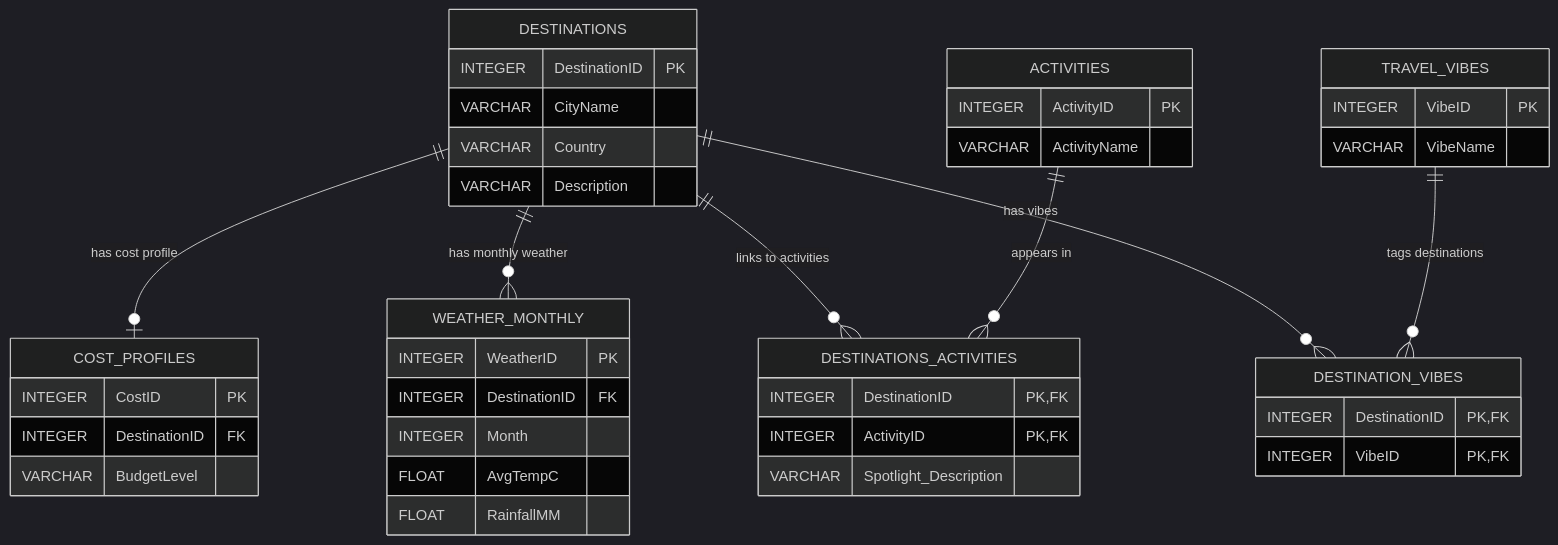
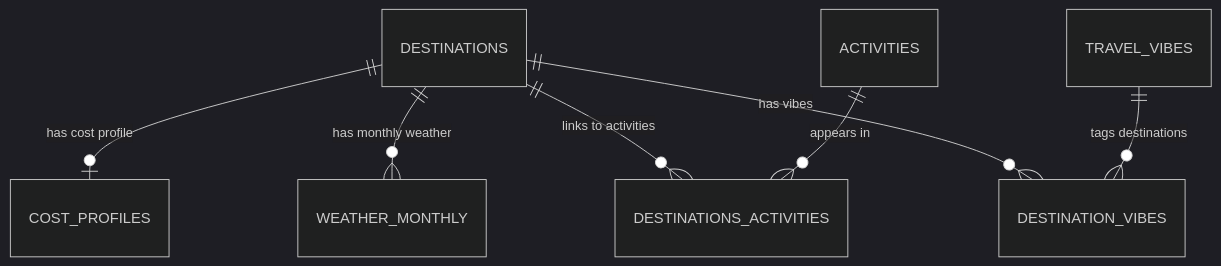
The diagram in README.md (Codeedup/React-TravelWebsite), drawn with Mermaid (dark theme) before and after one commit. The commit also changed other lines of this file and 2 other files, not shown here.

````diff
--- a/README.md
+++ b/README.md
@@ -101,51 +113,9 @@
 ```mermaid
 erDiagram
-    DESTINATIONS {
-        INTEGER DestinationID PK
-        VARCHAR CityName
-        VARCHAR Country
-        VARCHAR Description
-    }
-
-    COST_PROFILES {
-        INTEGER CostID PK
-        INTEGER DestinationID FK
-        VARCHAR BudgetLevel
-    }
-
-    WEATHER_MONTHLY {
-        INTEGER WeatherID PK
-        INTEGER DestinationID FK
-        INTEGER Month
-        FLOAT AvgTempC
-        FLOAT RainfallMM
-    }
-
-    ACTIVITIES {
-        INTEGER ActivityID PK
-        VARCHAR ActivityName
-    }
-
-    DESTINATIONS_ACTIVITIES {
-        INTEGER DestinationID PK, FK
-        INTEGER ActivityID PK, FK
-        VARCHAR Spotlight_Description
-    }
-
-    TRAVEL_VIBES {
-        INTEGER VibeID PK
-        VARCHAR VibeName
-    }
-
-    DESTINATION_VIBES {
-        INTEGER DestinationID PK, FK
-        INTEGER VibeID PK, FK
-    }
-
     DESTINATIONS ||--o| COST_PROFILES : "has cost profile"
     DESTINATIONS ||--o{ WEATHER_MONTHLY : "has monthly weather"
     DESTINATIONS ||--o{ DESTINATIONS_ACTIVITIES : "links to activities"
     ACTIVITIES ||--o{ DESTINATIONS_ACTIVITIES : "appears in"
     DESTINATIONS ||--o{ DESTINATION_VIBES : "has vibes"
     TRAVEL_VIBES ||--o{ DESTINATION_VIBES : "tags destinations"
 ```
````
